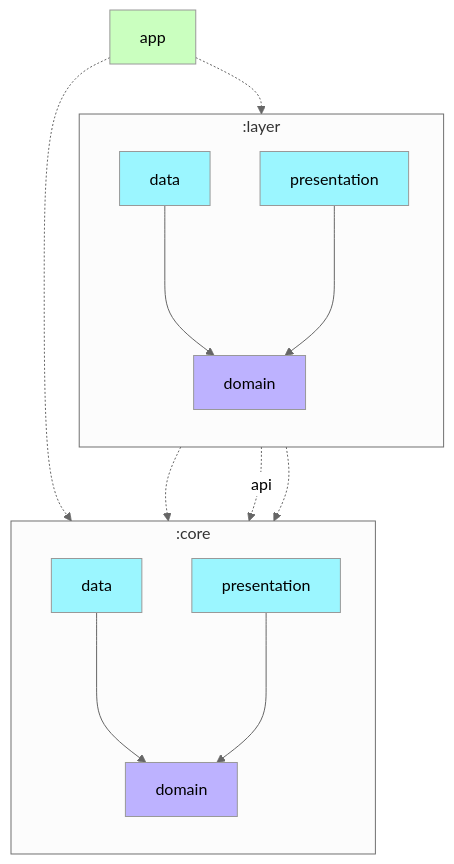
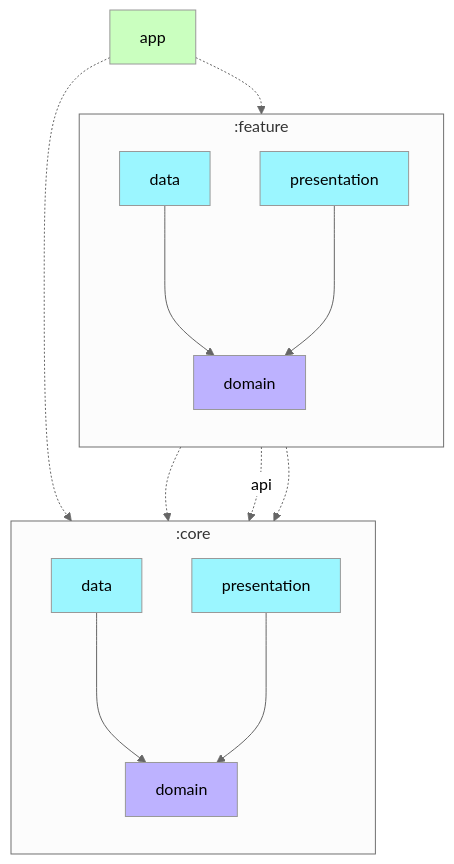
Before and after one commit to Turnin-Dev/turnin-android: the first of 2 diagrams in README.md, drawn with Mermaid (neutral theme).

Commit message:
docs: README.md 수정

````diff
--- a/README.md
+++ b/README.md
@@ -51,28 +51,28 @@
 ```mermaid
 graph TB
     subgraph :core
         direction TB
         :core:data[data]:::android-library
         :core:domain[domain]:::jvm-library
         :core:presentation[presentation]:::android-library
     end
-    subgraph :layer
+    subgraph :feature
         direction TB
-        :layer:data[data]:::android-library
-        :layer:domain[domain]:::jvm-library
-        :layer:presentation[presentation]:::android-library
+        :feature:data[data]:::android-library
+        :feature:domain[domain]:::jvm-library
+        :feature:presentation[presentation]:::android-library
     end
     :app[app]:::android-application
-    :app -.-> :layer
+    :app -.-> :feature
     :app -.-> :core
     :core:data ---> :core:domain
     :core:presentation ---> :core:domain
-    :layer:data ---> :layer:domain
-    :layer:presentation ---> :layer:domain
-    :layer:data -.-> :core:data
-    :layer:domain -. api .-> :core:domain
-    :layer:presentation -.-> :core:presentation
+    :feature:data ---> :feature:domain
+    :feature:presentation ---> :feature:domain
+    :feature:data -.-> :core:data
+    :feature:domain -. api .-> :core:domain
+    :feature:presentation -.-> :core:presentation
     classDef android-application fill: #CAFFBF
     classDef android-library fill: #9BF6FF
     classDef jvm-library fill: #BDB2FF
 ```
````
